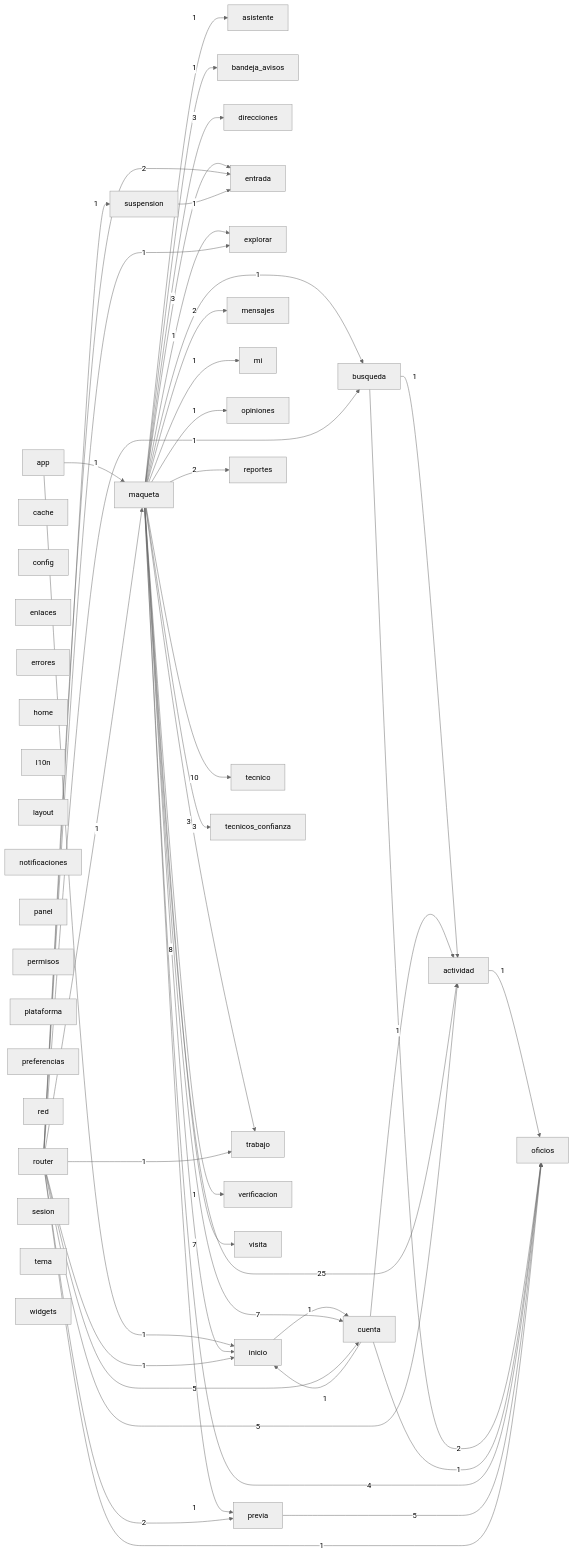
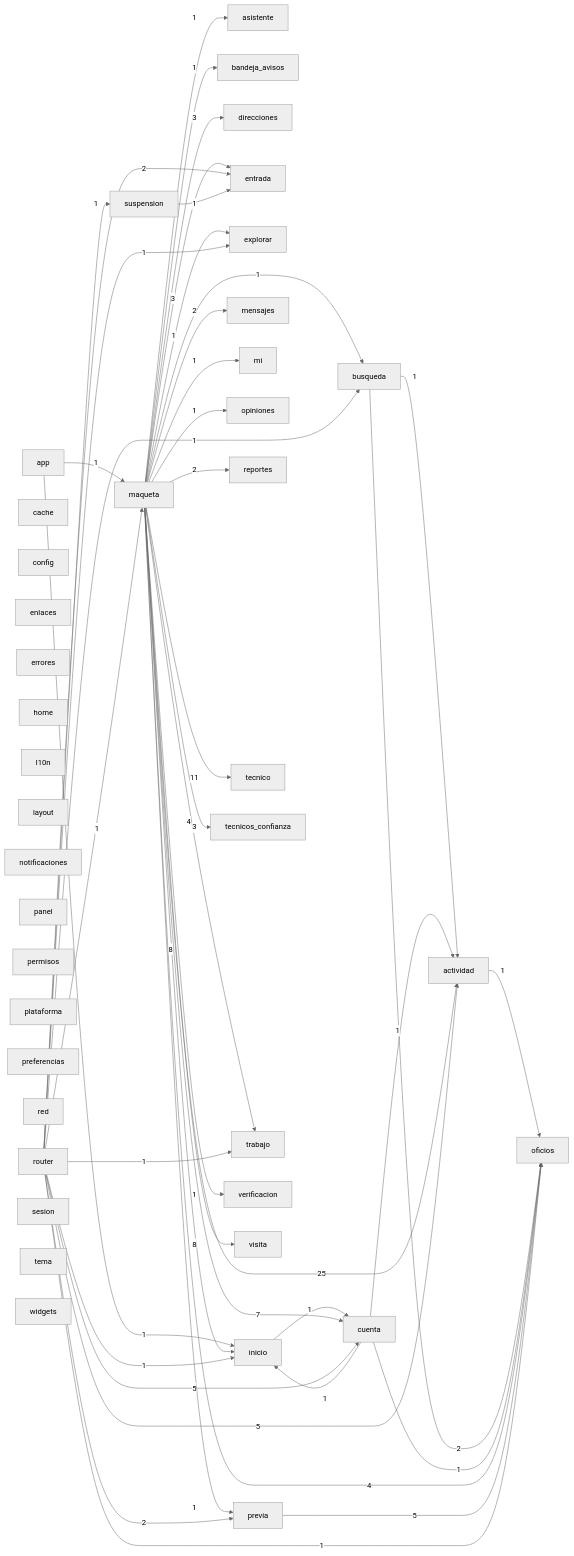
One commit to Tensei-Devs/knock-frontend changed the diagram in docs/architecture/modules.mmd. Above: the diagram before and after it, drawn with Mermaid (neutral theme). The commit also changed 3 other files, not shown here.

```diff
--- a/docs/architecture/modules.mmd
+++ b/docs/architecture/modules.mmd
@@ -1,83 +1,83 @@
 graph LR
   actividad["actividad"]
   app["app"]
   asistente["asistente"]
   bandeja_avisos["bandeja_avisos"]
   busqueda["busqueda"]
   cache["cache"]
   config["config"]
   cuenta["cuenta"]
   direcciones["direcciones"]
   enlaces["enlaces"]
   entrada["entrada"]
   errores["errores"]
   explorar["explorar"]
   home["home"]
   inicio["inicio"]
   l10n["l10n"]
   layout["layout"]
   maqueta["maqueta"]
   mensajes["mensajes"]
   mi["mi"]
   notificaciones["notificaciones"]
   oficios["oficios"]
   opiniones["opiniones"]
   panel["panel"]
   permisos["permisos"]
   plataforma["plataforma"]
   preferencias["preferencias"]
   previa["previa"]
   red["red"]
   reportes["reportes"]
   router["router"]
   sesion["sesion"]
   suspension["suspension"]
   tecnico["tecnico"]
   tecnicos_confianza["tecnicos_confianza"]
   tema["tema"]
   trabajo["trabajo"]
   verificacion["verificacion"]
   visita["visita"]
   widgets["widgets"]
   actividad -->|1| oficios
   app -->|1| inicio
   app -->|1| maqueta
   busqueda -->|1| actividad
   busqueda -->|2| oficios
   cuenta -->|1| actividad
   cuenta -->|1| inicio
   cuenta -->|1| oficios
   inicio -->|1| cuenta
   maqueta -->|25| actividad
   maqueta -->|1| asistente
   maqueta -->|1| bandeja_avisos
   maqueta -->|1| busqueda
   maqueta -->|7| cuenta
   maqueta -->|3| direcciones
   maqueta -->|3| entrada
   maqueta -->|1| explorar
   maqueta -->|8| inicio
   maqueta -->|2| mensajes
   maqueta -->|1| mi
   maqueta -->|4| oficios
   maqueta -->|1| opiniones
   maqueta -->|1| previa
   maqueta -->|2| reportes
-  maqueta -->|10| tecnico
+  maqueta -->|11| tecnico
   maqueta -->|3| tecnicos_confianza
-  maqueta -->|3| trabajo
+  maqueta -->|4| trabajo
   maqueta -->|1| verificacion
-  maqueta -->|7| visita
+  maqueta -->|8| visita
   previa -->|5| oficios
   router -->|5| actividad
   router -->|1| busqueda
   router -->|5| cuenta
   router -->|2| entrada
   router -->|1| explorar
   router -->|1| inicio
   router -->|1| maqueta
   router -->|1| oficios
   router -->|2| previa
   router -->|1| suspension
   router -->|1| trabajo
   suspension -->|1| entrada
```
